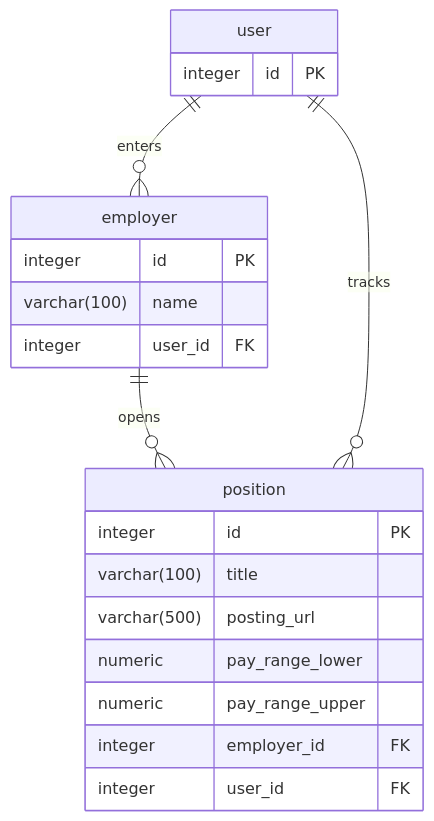
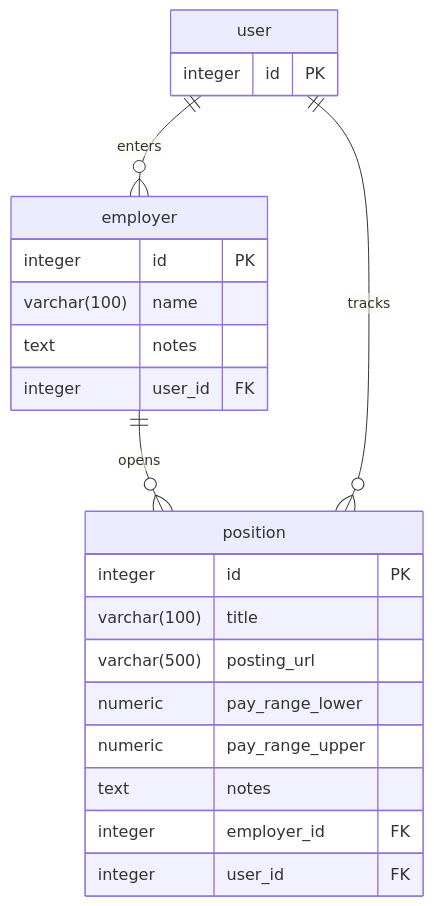
Before and after one commit to scryptids/jobsapp: the diagram in docs/docs/database/entity-relationships.md, drawn with Mermaid. The commit also changed other lines of this file and 60 other files, not shown here.

````diff
--- a/docs/docs/database/entity-relationships.md
+++ b/docs/docs/database/entity-relationships.md
@@ -7,24 +7,26 @@
 ```mermaid
 erDiagram
     user {
         integer id PK
     }
     employer {
         integer id PK
         varchar(100) name
+        text notes
         integer user_id FK
     }
     position {
         integer id PK
         varchar(100) title
         varchar(500) posting_url
         numeric pay_range_lower
         numeric pay_range_upper
+        text notes
         integer employer_id FK
         integer user_id FK
     }
 
     employer                  || -- o{ position     : opens
     user                      || -- o{ employer     : enters
     user                      || -- o{ position     : tracks
 ```
````
